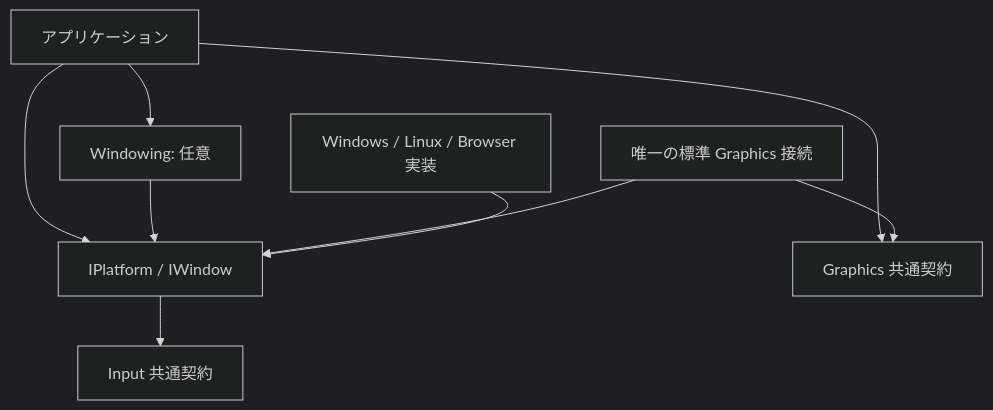
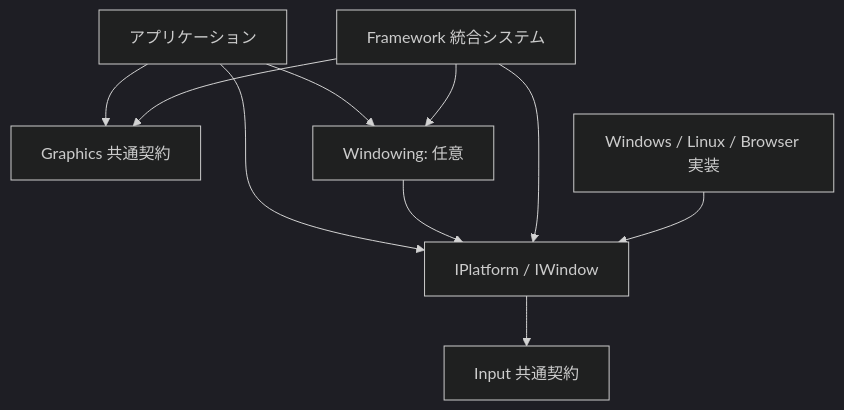
Before and after one commit to ikihiki/Lumyte: the diagram in docs/adr/platform/PLATFORM-0001-platform-and-window-contracts.md, drawn with Mermaid (dark theme). The commit also changed other lines of this file and 1 other file, not shown here.

Commit message:
docs: move platform graphics integration to framework and remove adapter contracts

````diff
--- a/docs/adr/platform/PLATFORM-0001-platform-and-window-contracts.md
+++ b/docs/adr/platform/PLATFORM-0001-platform-and-window-contracts.md
@@ -20,11 +20,12 @@
 ```mermaid
 flowchart TD
     App[アプリケーション] --> Platform[IPlatform / IWindow]
     App --> Graphics[Graphics 共通契約]
     App --> Optional[Windowing: 任意]
     Optional --> Platform
-    Bridge[唯一の標準 Graphics 接続] --> Platform
-    Bridge --> Graphics
+    Framework[Framework 統合システム] --> Platform
+    Framework --> Graphics
+    Framework --> Optional
     Native[Windows / Linux / Browser 実装] --> Platform
     Platform --> Input[Input 共通契約]
 ```
````
